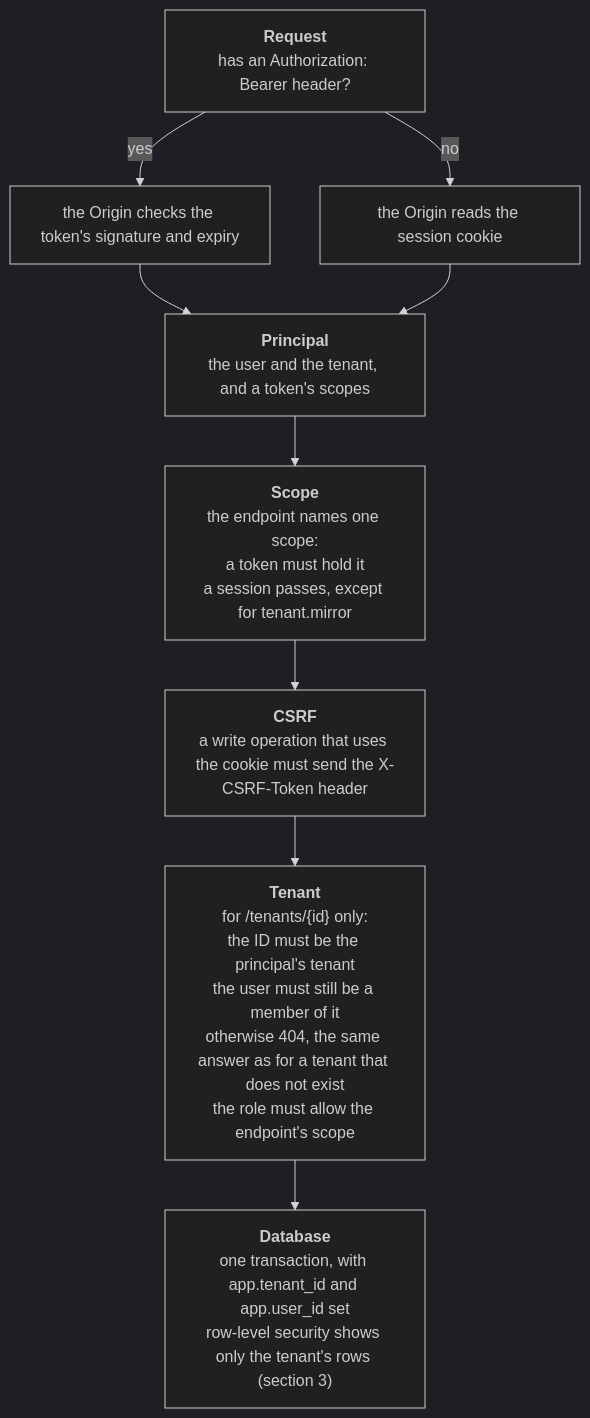
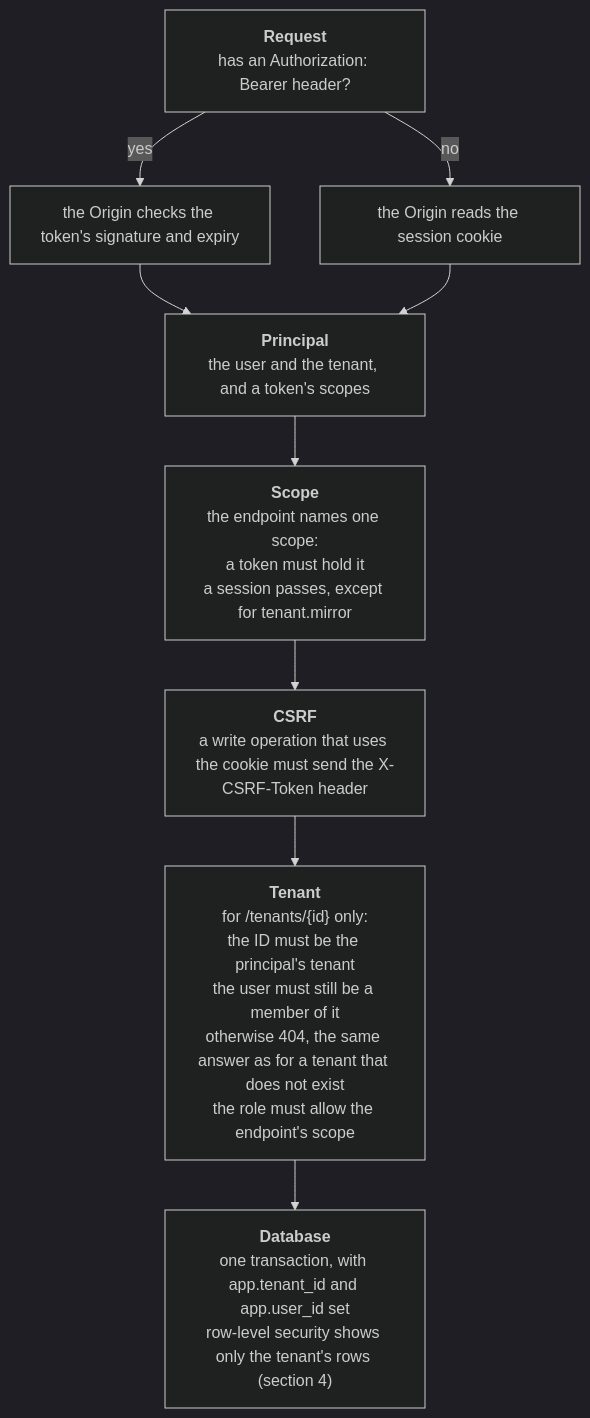
The fifth of 5 diagrams in docs/architecture/Architecture.Authentication.md (vpalos/BigFatFile), drawn with Mermaid (dark theme) before and after one commit. The commit also changed other lines of this file and 5 other files, not shown here.

First line of the commit message:
Show the designed sign-in flows in the Authentication diagrams, and add the external sign-in.

````diff
--- a/docs/architecture/Architecture.Authentication.md
+++ b/docs/architecture/Architecture.Authentication.md
@@ -227,30 +288,30 @@
 ```mermaid
 flowchart TB
     Request["`**Request**
     has an Authorization: Bearer header?`"]
     Token["the Origin checks the token's signature and expiry"]
     Cookie["the Origin reads the session cookie"]
     Principal["`**Principal**
     the user and the tenant, and a token's scopes`"]
     Scope["`**Scope**
     the endpoint names one scope:
     a token must hold it
     a session passes, except for tenant.mirror`"]
     CSRF["`**CSRF**
     a write operation that uses the cookie must send the X-CSRF-Token header`"]
     Tenant["`**Tenant**
     for /tenants/{id} only:
     the ID must be the principal's tenant
     the user must still be a member of it
     otherwise 404, the same answer as for a tenant that does not exist
     the role must allow the endpoint's scope`"]
     Database["`**Database**
     one transaction, with app.tenant_id and app.user_id set
-    row-level security shows only the tenant's rows (section 3)`"]
+    row-level security shows only the tenant's rows (section 4)`"]
 
     Request -->|yes| Token
     Request -->|no| Cookie
     Token --> Principal
     Cookie --> Principal
     Principal --> Scope --> CSRF --> Tenant --> Database
 ```
````
